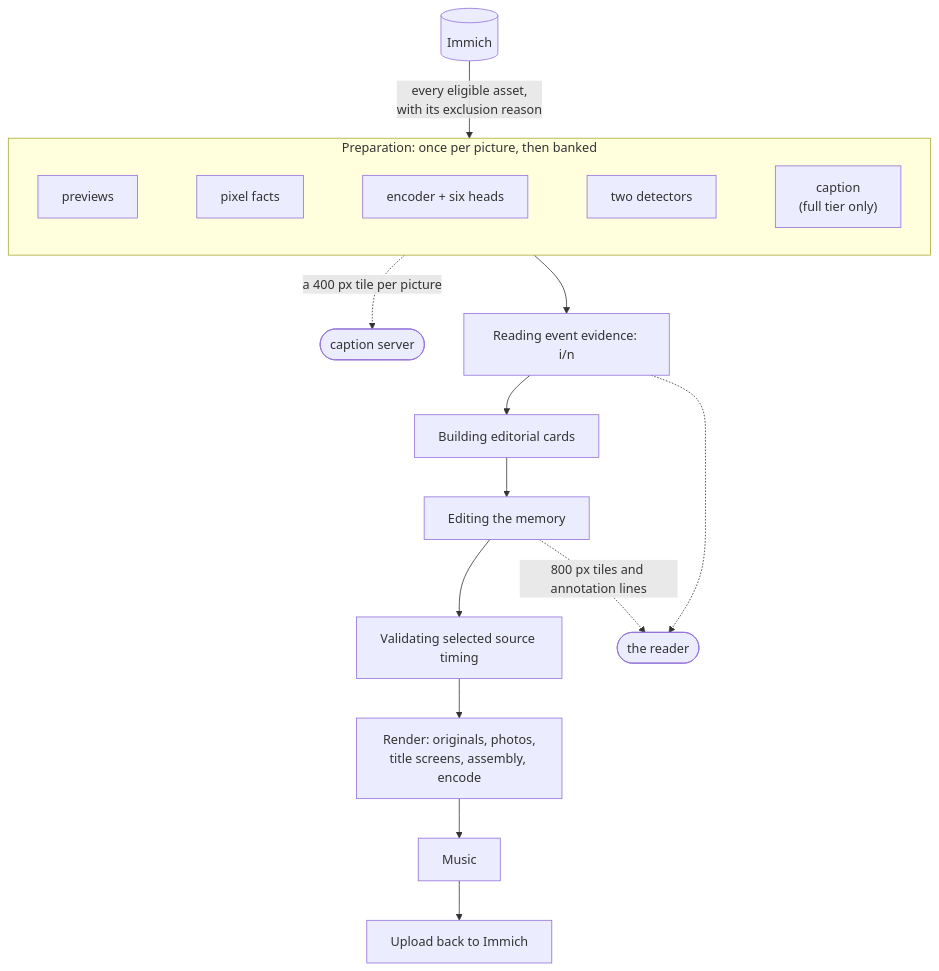
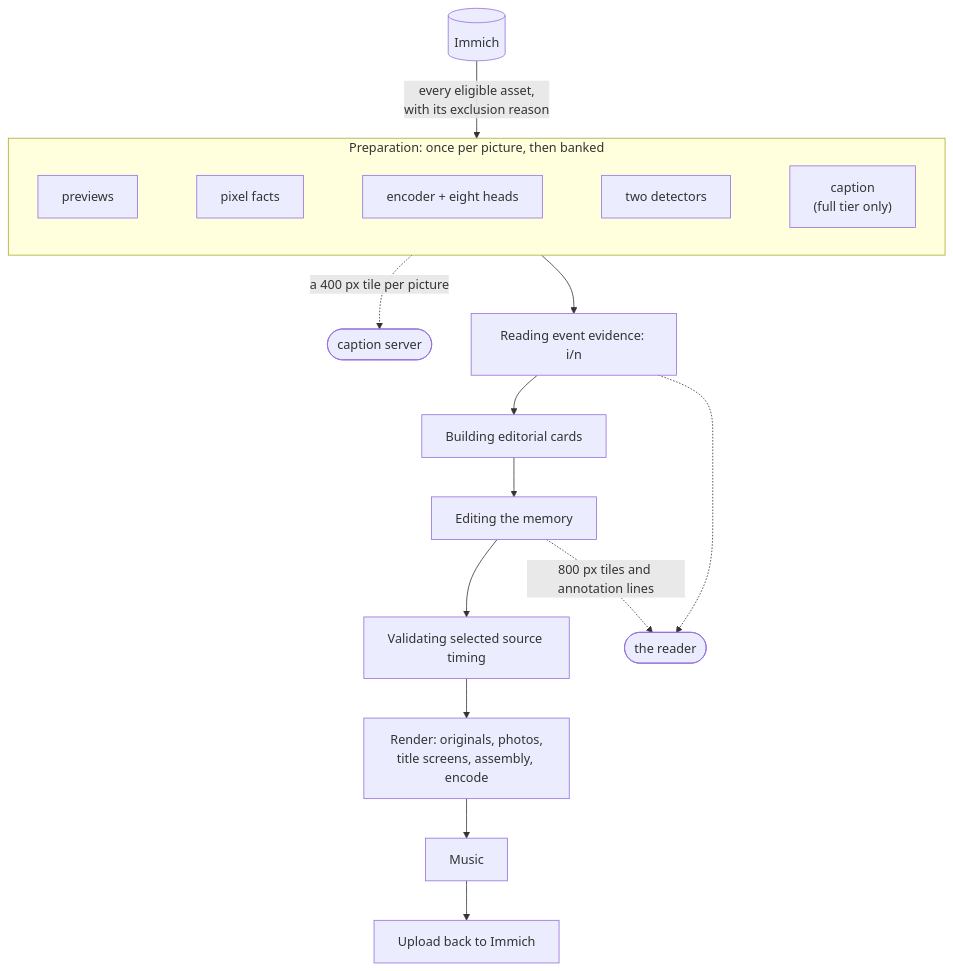
The first of 2 diagrams in docs-site/docs/create/pipeline.md (chenzeyan54-commits/immich-video-memory-generator), drawn with Mermaid before and after one commit. The commit also changed other lines of this file and 80 other files, not shown here.

````diff
--- a/docs-site/docs/create/pipeline.md
+++ b/docs-site/docs/create/pipeline.md
@@ -17,22 +17,22 @@
 ```mermaid
 flowchart TD
     immich[("Immich")] -->|"every eligible asset,<br/>with its exclusion reason"| prep
 
     subgraph prep["Preparation: once per picture, then banked"]
         direction LR
-        previews["previews"] ~~~ pixels["pixel facts"] ~~~ heads["encoder + six heads"]
+        previews["previews"] ~~~ pixels["pixel facts"] ~~~ heads["encoder + eight heads"]
         heads ~~~ detectors["two detectors"] ~~~ caption["caption<br/>(full tier only)"]
     end
 
     prep --> episodes["Reading event evidence: i/n"]
     episodes --> cards["Building editorial cards"]
     cards --> edit["Editing the memory"]
     edit --> timing["Validating selected source timing"]
     timing --> render["Render: originals, photos,<br/>title screens, assembly, encode"]
     render --> music["Music"]
     music --> deliver["Upload back to Immich"]
 
     caption -.->|"a 400 px tile per picture"| captioner(["caption server"])
     episodes -.-> reader(["the reader"])
     edit -.->|"800 px tiles and annotation lines"| reader
 ```
````
